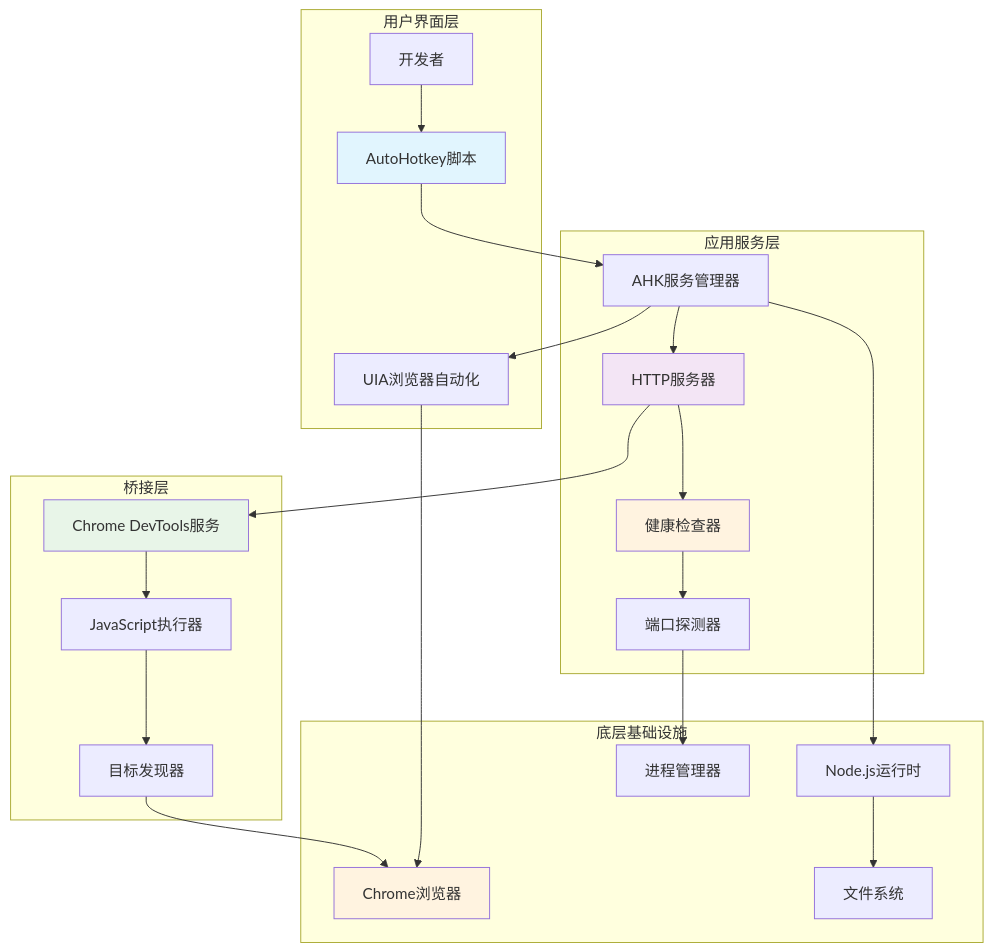
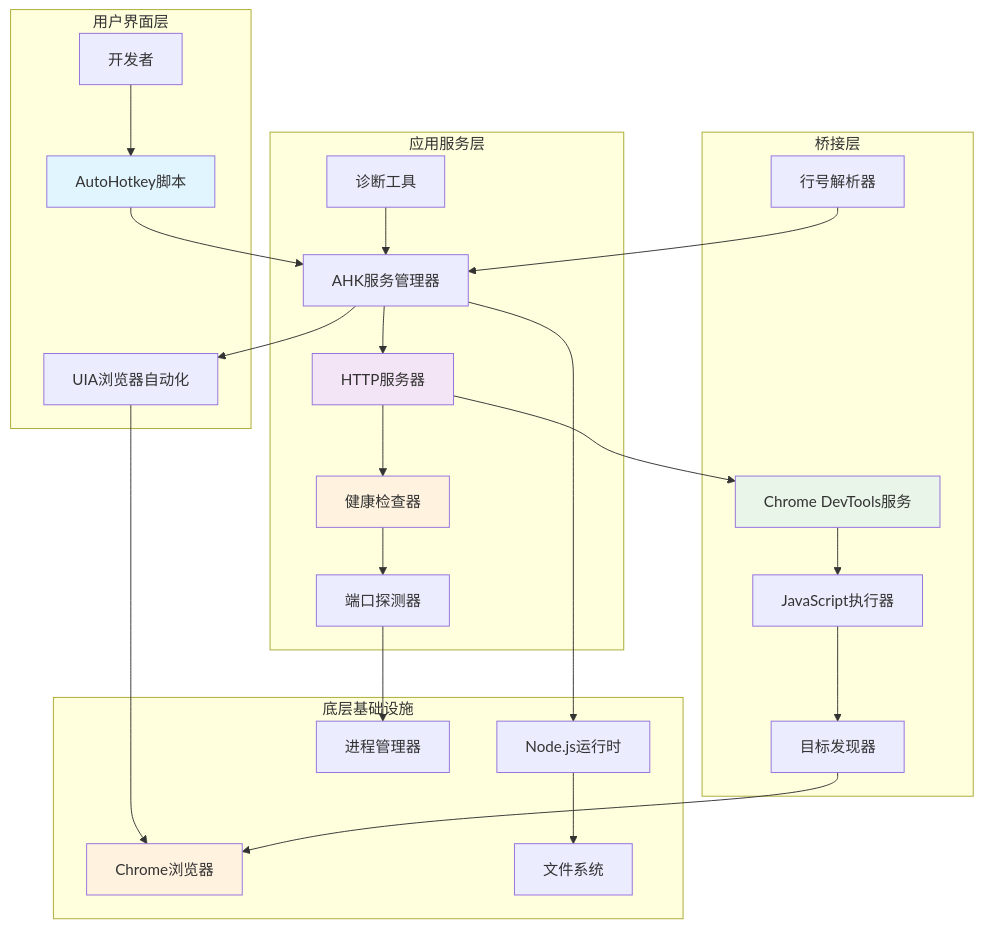
Before and after one commit to wangys-123doit/hotkey: the second of 9 diagrams in .qoder/repowiki/zh/content/外部工具集成/Node.js桥接工具.md, drawn with Mermaid. The commit also changed other lines of this file and 3 other files, not shown here.

````diff
--- a/.qoder/repowiki/zh/content/外部工具集成/Node.js桥接工具.md
+++ b/.qoder/repowiki/zh/content/外部工具集成/Node.js桥接工具.md
@@ -135,44 +141,48 @@
 ```mermaid
 graph TB
 subgraph "用户界面层"
 AHK[AutoHotkey脚本]
 User[开发者]
 UIA[UIA浏览器自动化]
 end
 subgraph "应用服务层"
 AHKService[AHK服务管理器]
 HTTPServer[HTTP服务器]
 HealthChecker[健康检查器]
 PortProbe[端口探测器]
+Diagnostic[诊断工具]
 end
 subgraph "桥接层"
 CDPServer[Chrome DevTools服务]
 JSEvaluator[JavaScript执行器]
 TargetFinder[目标发现器]
+LineParser[行号解析器]
 end
 subgraph "底层基础设施"
 Chrome[Chrome浏览器]
 NodeJS[Node.js运行时]
 FileSystem[文件系统]
 ProcessManager[进程管理器]
 end
 User --> AHK
 AHK --> AHKService
 AHKService --> HTTPServer
 HTTPServer --> HealthChecker
 HealthChecker --> PortProbe
 PortProbe --> ProcessManager
 AHKService --> UIA
 UIA --> Chrome
 HTTPServer --> CDPServer
 CDPServer --> JSEvaluator
 JSEvaluator --> TargetFinder
 TargetFinder --> Chrome
 AHKService --> NodeJS
 NodeJS --> FileSystem
+LineParser --> AHKService
+Diagnostic --> AHKService
 style AHK fill:#e1f5fe
 style HTTPServer fill:#f3e5f5
 style CDPServer fill:#e8f5e8
 style Chrome fill:#fff3e0
 style HealthChecker fill:#fff3e0
 ```
````
